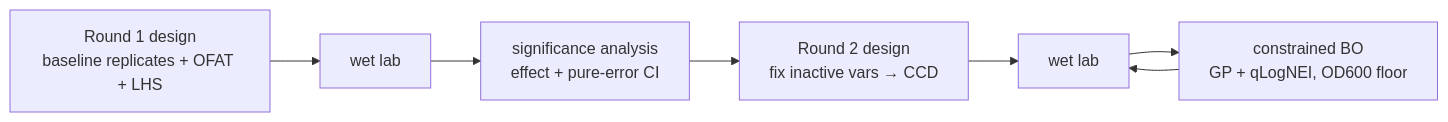
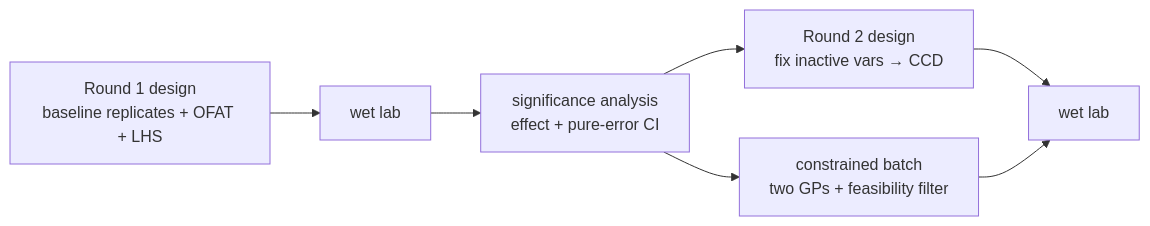
Before and after one commit to 77652189/ExperimentAdvisor: the diagram in README.md, drawn with Mermaid. The commit also changed other lines of this file and 6 other files, not shown here.

````diff
--- a/README.md
+++ b/README.md
@@ -15,11 +52,12 @@
 ```mermaid
 flowchart LR
   R1["Round 1 design<br/>baseline replicates + OFAT + LHS"]
   RUN1[wet lab]
   SIG["significance analysis<br/>effect + pure-error CI"]
   R2["Round 2 design<br/>fix inactive vars → CCD"]
-  BO["constrained BO<br/>GP + qLogNEI, OD600 floor"]
+  BO["constrained batch<br/>two GPs + feasibility filter"]
   RUN2[wet lab]
 
-  R1 --> RUN1 --> SIG --> R2 --> RUN2 --> BO --> RUN2
+  R1 --> RUN1 --> SIG --> R2 --> RUN2
+  SIG --> BO --> RUN2
 ```
````
